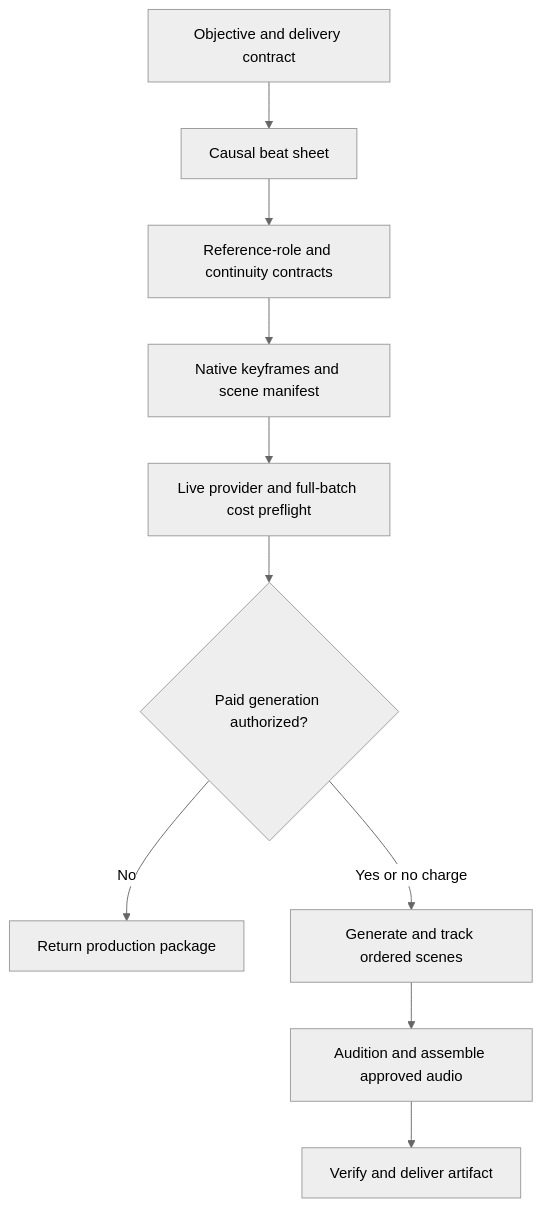
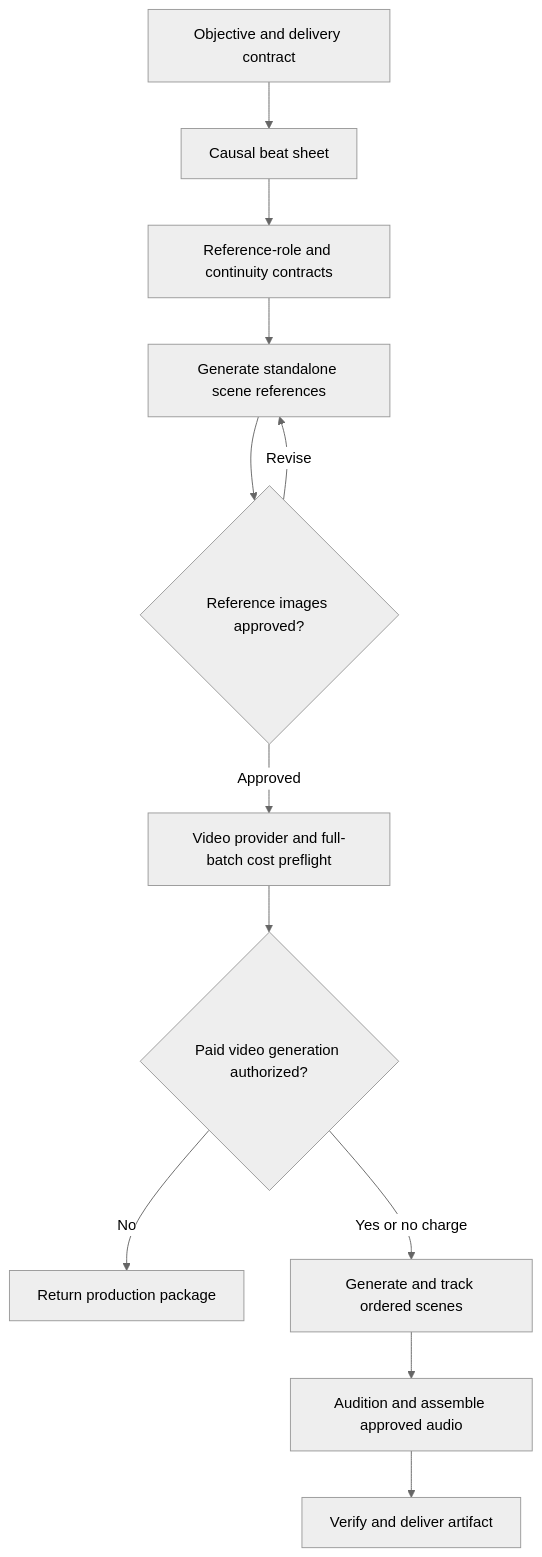
One commit to vladicaster/agent-skills changed the diagram in creative/produce-reference-driven-video/README.md. Above: the diagram before and after it, drawn with Mermaid (neutral theme). The commit also changed other lines of this file, not shown here.

Commit message:
Document reference image approval gate

````diff
--- a/creative/produce-reference-driven-video/README.md
+++ b/creative/produce-reference-driven-video/README.md
@@ -50,12 +50,14 @@
 ```mermaid
 flowchart TD
     A[Objective and delivery contract] --> B[Causal beat sheet]
     B --> C[Reference-role and continuity contracts]
-    C --> D[Native keyframes and scene manifest]
-    D --> E[Live provider and full-batch cost preflight]
-    E --> F{Paid generation authorized?}
-    F -->|No| G[Return production package]
-    F -->|Yes or no charge| H[Generate and track ordered scenes]
-    H --> I[Audition and assemble approved audio]
-    I --> J[Verify and deliver artifact]
+    C --> D[Generate standalone scene references]
+    D --> E{Reference images approved?}
+    E -->|Revise| D
+    E -->|Approved| F[Video provider and full-batch cost preflight]
+    F --> G{Paid video generation authorized?}
+    G -->|No| H[Return production package]
+    G -->|Yes or no charge| I[Generate and track ordered scenes]
+    I --> J[Audition and assemble approved audio]
+    J --> K[Verify and deliver artifact]
 ```
````
